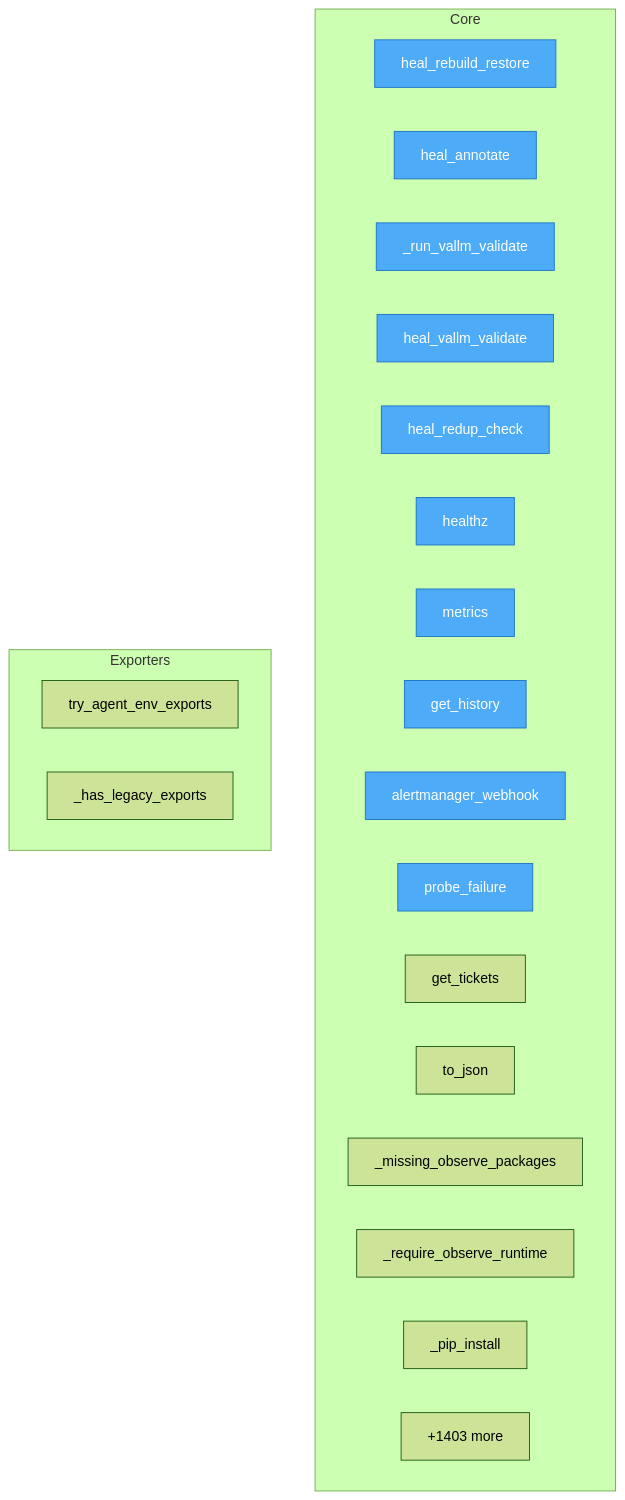
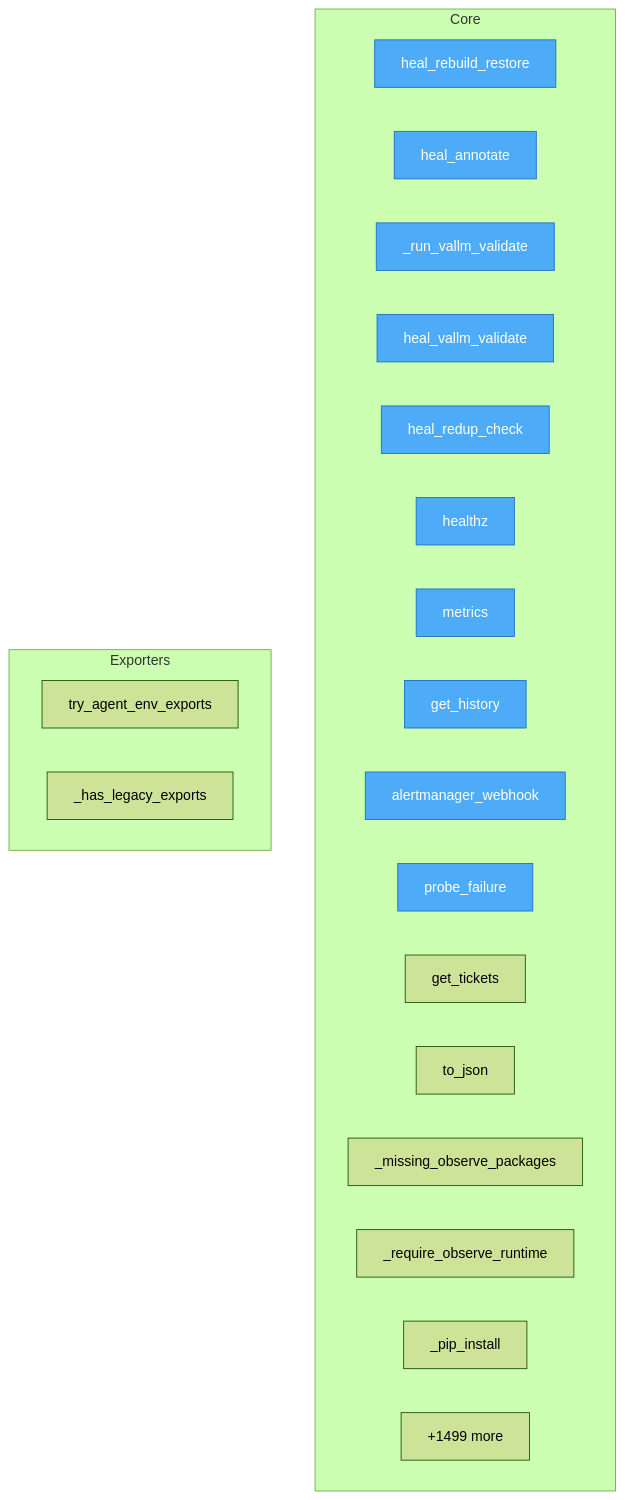
One commit to semcod/koru changed the diagram in project/flow.mmd. Above: the diagram before and after it, drawn with Mermaid (forest theme). The commit also changed 41 other files, not shown here.

```diff
--- a/project/flow.mmd
+++ b/project/flow.mmd
@@ -1,31 +1,31 @@
 flowchart TD
-%% generated in 0.11s
+%% generated in 0.15s
 
     %% Entry points (blue)
     classDef entry fill:#4dabf7,stroke:#1971c2,color:#fff
 
     subgraph Core
         services__healing_webhook__app__heal_rebuild_restore["heal_rebuild_restore"]
         services__healing_webhook__app__heal_annotate["heal_annotate"]
         services__healing_webhook__app___run_vallm_validate["_run_vallm_validate"]
         services__healing_webhook__app__heal_vallm_validate["heal_vallm_validate"]
         services__healing_webhook__app__heal_redup_check["heal_redup_check"]
         services__healing_webhook__app__healthz["healthz"]
         services__healing_webhook__app__metrics["metrics"]
         services__healing_webhook__app__get_history["get_history"]
         services__healing_webhook__app__alertmanager_webhook["alertmanager_webhook"]
         services__healing_webhook__app__probe_failure["probe_failure"]
         services__healing_webhook__app__get_tickets["get_tickets"]
         src__koruobserve__lifecycle__ObserveProcesses__to_json["to_json"]
         src__koruobserve__cli___missing_observe_packages["_missing_observe_packages"]
         src__koruobserve__cli___require_observe_runtime["_require_observe_runtime"]
         src__koruobserve__cli___pip_install["_pip_install"]
-        ...["+1403 more"]
+        ...["+1499 more"]
     end
 
     subgraph Exporters
         src__koru__agent_cli_helpers__try_agent_env_exports["try_agent_env_exports"]
         src__koru__cli___has_legacy_exports["_has_legacy_exports"]
     end
 
     class services__healing_webhook__app__heal_rebuild_restore,services__healing_webhook__app__heal_annotate,services__healing_webhook__app___run_vallm_validate,services__healing_webhook__app__heal_vallm_validate,services__healing_webhook__app__heal_redup_check,services__healing_webhook__app__healthz,services__healing_webhook__app__metrics,services__healing_webhook__app__get_history,services__healing_webhook__app__alertmanager_webhook,services__healing_webhook__app__probe_failure entry
```
